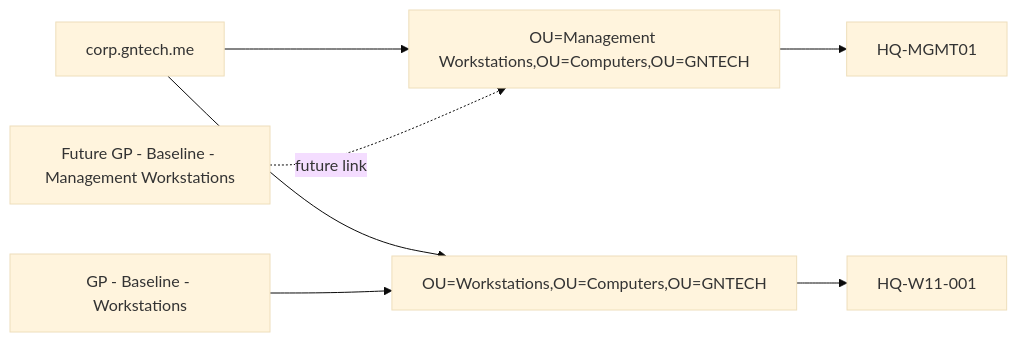
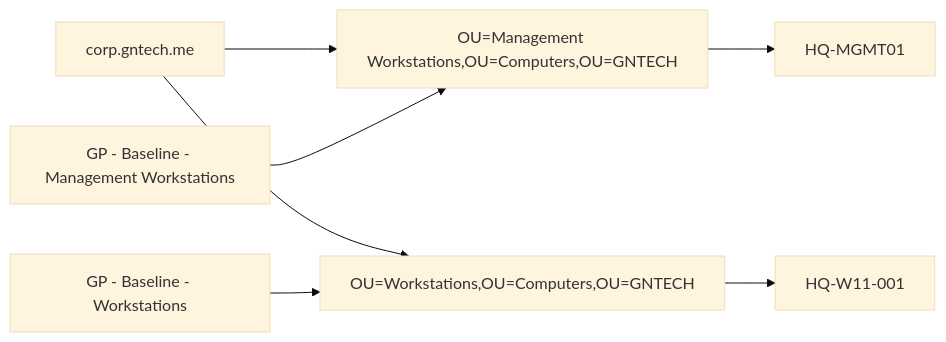
Before and after one commit to gntech-dev/geil-enterprise-docs: the diagram in docs/microsoft-core/group-policy-baseline.md, drawn with Mermaid (base theme). The commit also changed other lines of this file and 7 other files, not shown here.

Commit message:
docs: add management workstation baseline GPO

````diff
--- a/docs/microsoft-core/group-policy-baseline.md
+++ b/docs/microsoft-core/group-policy-baseline.md
@@ -104,14 +107,14 @@
 ```mermaid
 flowchart LR
     Domain[corp.gntech.me]
     MgmtOU[OU=Management Workstations,OU=Computers,OU=GNTECH]
     WorkOU[OU=Workstations,OU=Computers,OU=GNTECH]
-    MgmtGPO[Future GP - Baseline - Management Workstations]
+    MgmtGPO[GP - Baseline - Management Workstations]
     WorkGPO[GP - Baseline - Workstations]
     MgmtClient[HQ-MGMT01]
     UserClient[HQ-W11-001]
     Domain --> MgmtOU
     Domain --> WorkOU
-    MgmtGPO -. future link .-> MgmtOU --> MgmtClient
+    MgmtGPO --> MgmtOU --> MgmtClient
     WorkGPO --> WorkOU --> UserClient
 ```
````
